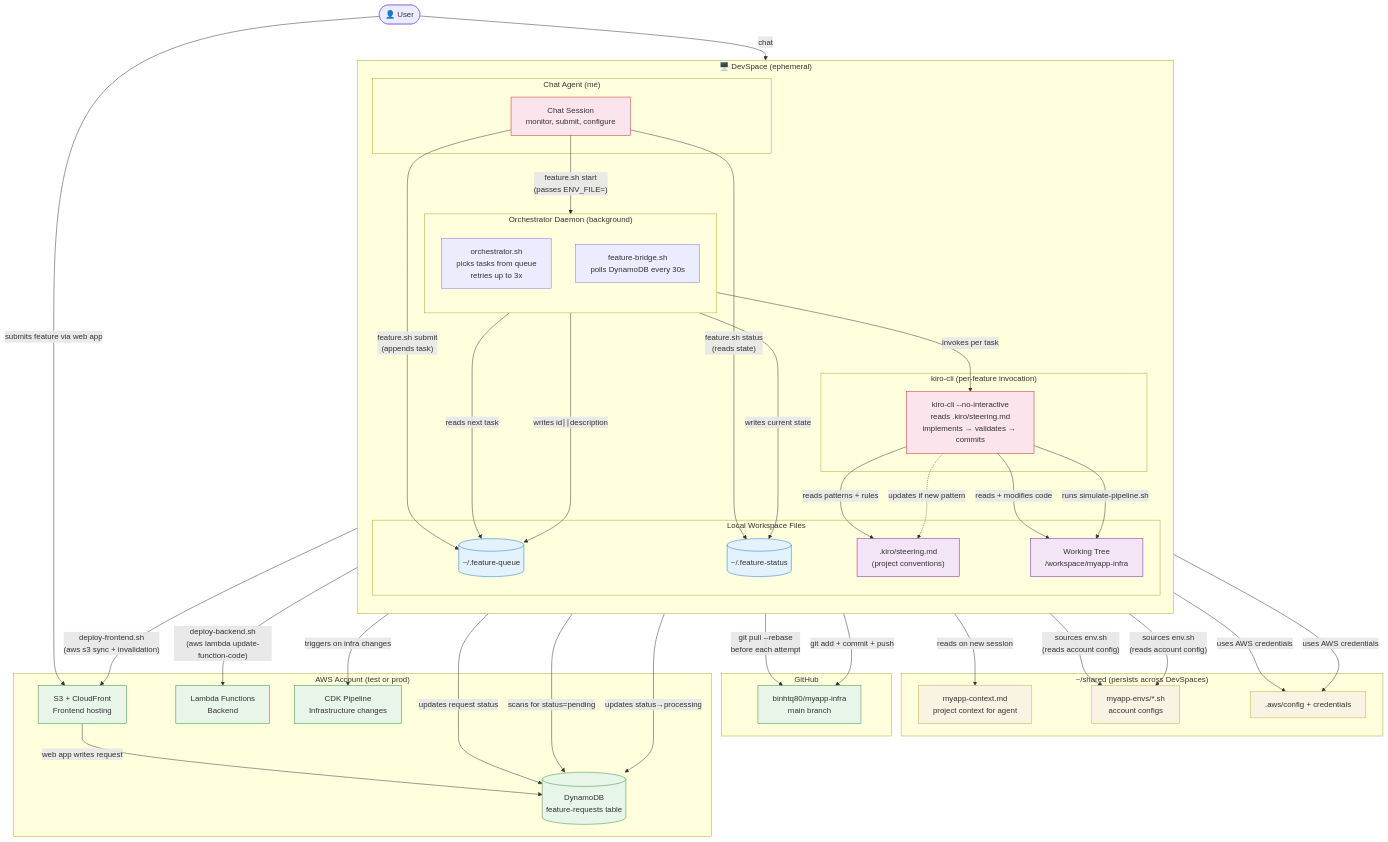
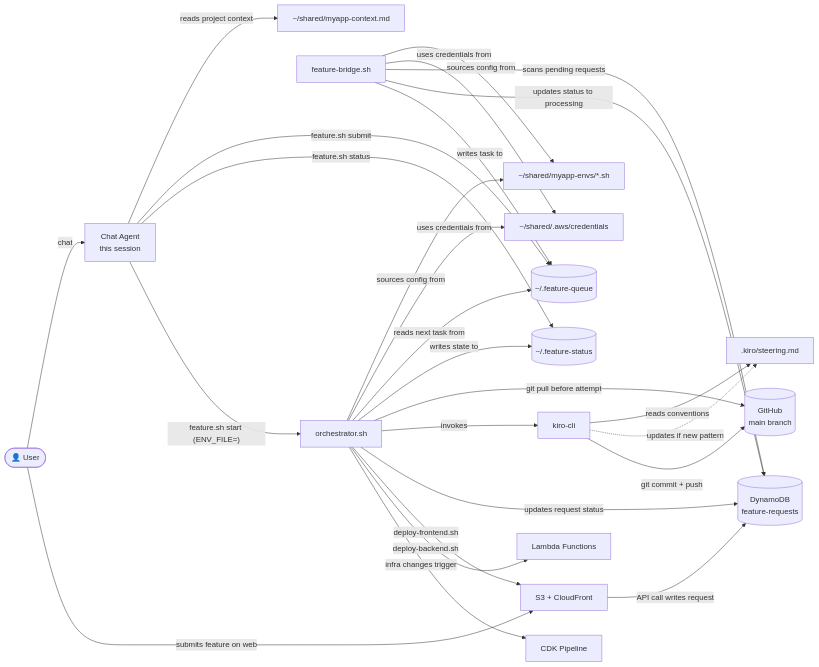
One commit to binhtq80/home-secure-app changed the first of 2 diagrams in docs/architecture-diagram.md. Above: the diagram before and after it, drawn with Mermaid. The commit also changed other lines of this file, not shown here.

Commit message:
docs: simplify architecture diagram - flatten layout for clear arrow tracing

````diff
--- a/docs/architecture-diagram.md
+++ b/docs/architecture-diagram.md
@@ -1,103 +1,55 @@
 ```mermaid
-flowchart TB
-    %% ─── User Entry Points ───
+flowchart LR
+    %% ─── Nodes ───
     User([👤 User])
+    Me[Chat Agent<br/>this session]
+    ORC[orchestrator.sh]
+    Bridge[feature-bridge.sh]
+    Kiro[kiro-cli]
+    Queue[("~/.feature-queue")]
+    Status[("~/.feature-status")]
+    Steering[.kiro/steering.md]
+    Context[~/shared/myapp-context.md]
+    EnvFiles[~/shared/myapp-envs/*.sh]
+    AWSCreds[~/shared/.aws/credentials]
+    Repo[(GitHub<br/>main branch)]
+    DDB[(DynamoDB<br/>feature-requests)]
+    S3[S3 + CloudFront]
+    Lambda[Lambda Functions]
+    Pipeline[CDK Pipeline]
 
-    %% ─── DevSpace boundary ───
-    subgraph DevSpace["🖥️ DevSpace (ephemeral)"]
-        direction TB
+    %% ─── Flow 1: User submits via Chat Agent ───
+    User -- "chat" --> Me
+    Me -- "reads project context" --> Context
+    Me -- "feature.sh submit" --> Queue
+    Me -- "feature.sh status" --> Status
+    Me -- "feature.sh start (ENV_FILE=)" --> ORC
 
-        subgraph ChatAgent["Chat Agent (me)"]
-            Me[Chat Session<br/>monitor, submit, configure]
-        end
+    %% ─── Flow 2: User submits via Web App ───
+    User -- "submits feature on web" --> S3
+    S3 -- "API call writes request" --> DDB
 
-        subgraph Orchestrator["Orchestrator Daemon (background)"]
-            direction TB
-            ORC[orchestrator.sh<br/>picks tasks from queue<br/>retries up to 3x]
-            Bridge[feature-bridge.sh<br/>polls DynamoDB every 30s]
-        end
+    %% ─── Flow 3: Bridge polls DynamoDB ───
+    Bridge -- "sources config from" --> EnvFiles
+    Bridge -- "uses credentials from" --> AWSCreds
+    Bridge -- "scans pending requests" --> DDB
+    Bridge -- "updates status to processing" --> DDB
+    Bridge -- "writes task to" --> Queue
 
-        subgraph KiroCLI["kiro-cli (per-feature invocation)"]
-            Kiro[kiro-cli --no-interactive<br/>reads .kiro/steering.md<br/>implements → validates → commits]
-        end
+    %% ─── Flow 4: Orchestrator processes queue ───
+    ORC -- "sources config from" --> EnvFiles
+    ORC -- "uses credentials from" --> AWSCreds
+    ORC -- "reads next task from" --> Queue
+    ORC -- "writes state to" --> Status
+    ORC -- "git pull before attempt" --> Repo
+    ORC -- "invokes" --> Kiro
+    ORC -- "updates request status" --> DDB
+    ORC -- "deploy-frontend.sh" --> S3
+    ORC -- "deploy-backend.sh" --> Lambda
+    ORC -- "infra changes trigger" --> Pipeline
 
-        subgraph LocalFiles["Local Workspace Files"]
-            Queue[("~/.feature-queue")]
-            Status[("~/.feature-status")]
-            Steering[".kiro/steering.md<br/>(project conventions)"]
-            WorkingTree["Working Tree<br/>/workspace/myapp-infra"]
-        end
-
-    end
-
-    %% ─── Persistent Layer ───
-    subgraph Persistent["~/shared (persists across DevSpaces)"]
-        Context[myapp-context.md<br/>project context for agent]
-        EnvFiles[myapp-envs/*.sh<br/>account configs]
-        AWSCreds[.aws/config + credentials]
-    end
-
-    %% ─── External Systems ───
-    subgraph GitHub["GitHub"]
-        Repo[binhtq80/myapp-infra<br/>main branch]
-    end
-
-    subgraph AWS["AWS Account (test or prod)"]
-        DDB[(DynamoDB<br/>feature-requests table)]
-        S3[S3 + CloudFront<br/>Frontend hosting]
-        Lambda[Lambda Functions<br/>Backend]
-        Pipeline[CDK Pipeline<br/>Infrastructure changes]
-    end
-
-    %% ─── User interactions ───
-    User -->|"chat"| Me
-    User -->|"submits feature via web app"| S3
-    S3 -->|"web app writes request"| DDB
-
-    %% ─── Chat Agent interactions ───
-    Me -->|"reads on new session"| Context
-    Me -->|"feature.sh start<br/>(passes ENV_FILE=)"| ORC
-    Me -->|"feature.sh submit<br/>(appends task)"| Queue
-    Me -->|"feature.sh status<br/>(reads state)"| Status
-
-    %% ─── Orchestrator interactions ───
-    ORC -->|"sources env.sh<br/>(reads account config)"| EnvFiles
-    ORC -->|"reads next task"| Queue
-    ORC -->|"writes current state"| Status
-    ORC -->|"invokes per task"| Kiro
-    ORC -->|"git pull --rebase<br/>before each attempt"| Repo
-    ORC -->|"deploy-frontend.sh<br/>(aws s3 sync + invalidation)"| S3
-    ORC -->|"deploy-backend.sh<br/>(aws lambda update-function-code)"| Lambda
-    ORC -->|"triggers on infra changes"| Pipeline
-    ORC -->|"updates request status"| DDB
-
-    %% ─── Bridge interactions ───
-    Bridge -->|"sources env.sh<br/>(reads account config)"| EnvFiles
-    Bridge -->|"scans for status=pending"| DDB
-    Bridge -->|"writes id∣∣description"| Queue
-    Bridge -->|"updates status→processing"| DDB
-
-    %% ─── kiro-cli interactions ───
-    Kiro -->|"reads patterns + rules"| Steering
-    Kiro -->|"reads + modifies code"| WorkingTree
-    Kiro -->|"runs simulate-pipeline.sh"| WorkingTree
-    Kiro -->|"git add + commit + push"| Repo
-    Kiro -.->|"updates if new pattern"| Steering
-
-    %% ─── AWS auth ───
-    ORC -->|"uses AWS credentials"| AWSCreds
-    Bridge -->|"uses AWS credentials"| AWSCreds
-
-    %% ─── Styling ───
-    classDef persistent fill:#f9f3e3,stroke:#d4a843
-    classDef ephemeral fill:#e3f2fd,stroke:#1976d2
-    classDef external fill:#e8f5e9,stroke:#388e3c
-    classDef agent fill:#fce4ec,stroke:#c62828
-    classDef localfile fill:#f3e5f5,stroke:#7b1fa2
-
-    class Context,EnvFiles,AWSCreds persistent
-    class Queue,Status ephemeral
-    class DDB,S3,Lambda,Pipeline,Repo external
-    class Me,Kiro agent
-    class Steering,WorkingTree localfile
+    %% ─── Flow 5: kiro-cli implements feature ───
+    Kiro -- "reads conventions" --> Steering
+    Kiro -. "updates if new pattern" .-> Steering
+    Kiro -- "git commit + push" --> Repo
 ```
````
